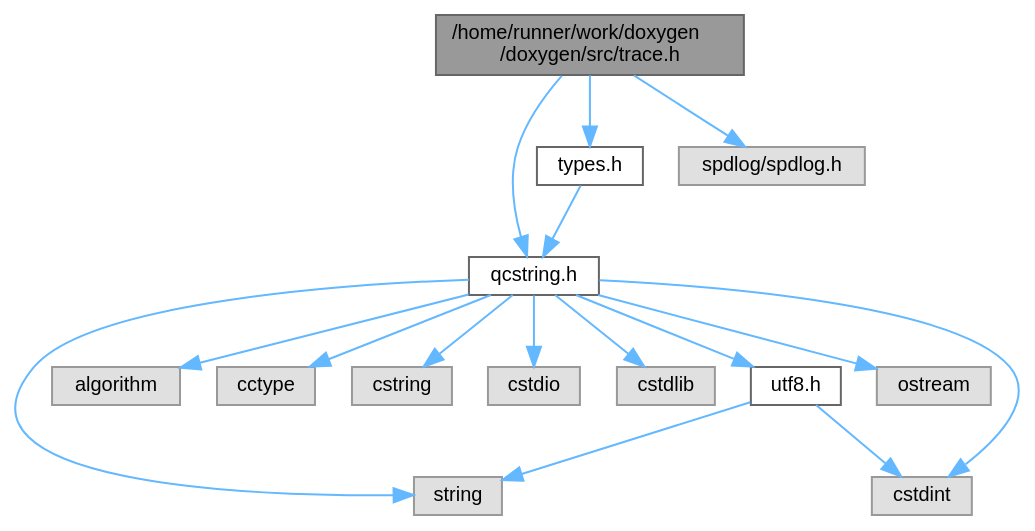
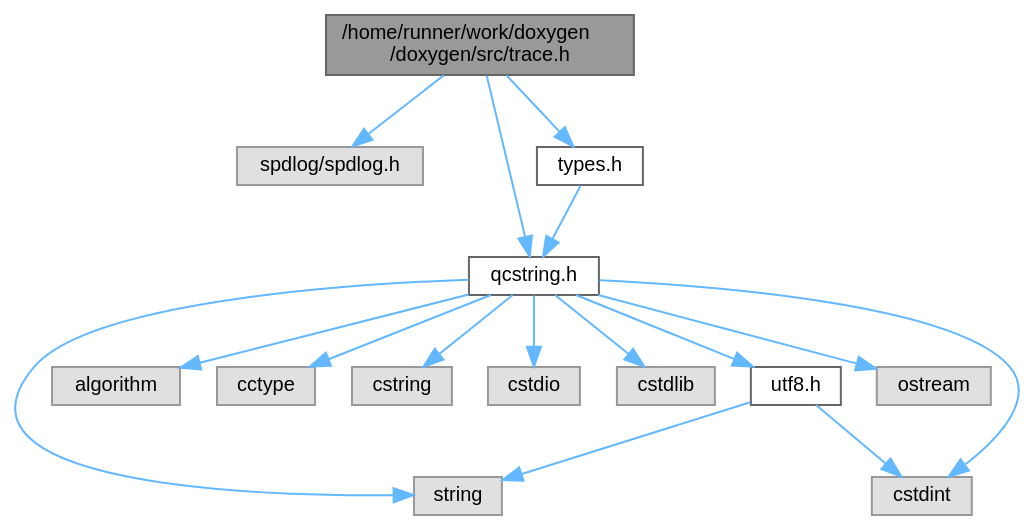
One commit to tim-gromeyer/doxygen changed the diagram in dc/d8d/trace_8h__incl.dot. Above: the diagram before and after it, drawn with Graphviz. The commit also changed 1525 other files, not shown here.

```diff
--- a/dc/d8d/trace_8h__incl.dot
+++ b/dc/d8d/trace_8h__incl.dot
@@ -1,36 +1,36 @@
 digraph "/home/runner/work/doxygen/doxygen/src/trace.h"
 {
  // INTERACTIVE_SVG=YES
  // LATEX_PDF_SIZE
   bgcolor="transparent";
   edge [fontname=Helvetica,fontsize=10,labelfontname=Helvetica,labelfontsize=10];
   node [fontname=Helvetica,fontsize=10,shape=box,height=0.2,width=0.4];
   Node1 [label="/home/runner/work/doxygen\l/doxygen/src/trace.h",height=0.2,width=0.4,color="gray40", fillcolor="grey60", style="filled", fontcolor="black",tooltip=" "];
   Node1 -> Node2 [color="steelblue1",style="solid"];
-  Node2 [label="types.h",height=0.2,width=0.4,color="grey40", fillcolor="white", style="filled",URL="$d9/d49/types_8h.html",tooltip="This file contains a number of basic enums and types."];
-  Node2 -> Node3 [color="steelblue1",style="solid"];
-  Node3 [label="qcstring.h",height=0.2,width=0.4,color="grey40", fillcolor="white", style="filled",URL="$d7/d5c/qcstring_8h.html",tooltip=" "];
+  Node2 [label="spdlog/spdlog.h",height=0.2,width=0.4,color="grey60", fillcolor="#E0E0E0", style="filled",tooltip=" "];
+  Node1 -> Node3 [color="steelblue1",style="solid"];
+  Node3 [label="types.h",height=0.2,width=0.4,color="grey40", fillcolor="white", style="filled",URL="$d9/d49/types_8h.html",tooltip="This file contains a number of basic enums and types."];
   Node3 -> Node4 [color="steelblue1",style="solid"];
-  Node4 [label="string",height=0.2,width=0.4,color="grey60", fillcolor="#E0E0E0", style="filled",tooltip=" "];
-  Node3 -> Node5 [color="steelblue1",style="solid"];
-  Node5 [label="algorithm",height=0.2,width=0.4,color="grey60", fillcolor="#E0E0E0", style="filled",tooltip=" "];
-  Node3 -> Node6 [color="steelblue1",style="solid"];
-  Node6 [label="cctype",height=0.2,width=0.4,color="grey60", fillcolor="#E0E0E0", style="filled",tooltip=" "];
-  Node3 -> Node7 [color="steelblue1",style="solid"];
-  Node7 [label="cstring",height=0.2,width=0.4,color="grey60", fillcolor="#E0E0E0", style="filled",tooltip=" "];
-  Node3 -> Node8 [color="steelblue1",style="solid"];
-  Node8 [label="cstdio",height=0.2,width=0.4,color="grey60", fillcolor="#E0E0E0", style="filled",tooltip=" "];
-  Node3 -> Node9 [color="steelblue1",style="solid"];
-  Node9 [label="cstdlib",height=0.2,width=0.4,color="grey60", fillcolor="#E0E0E0", style="filled",tooltip=" "];
-  Node3 -> Node10 [color="steelblue1",style="solid"];
-  Node10 [label="cstdint",height=0.2,width=0.4,color="grey60", fillcolor="#E0E0E0", style="filled",tooltip=" "];
-  Node3 -> Node11 [color="steelblue1",style="solid"];
-  Node11 [label="ostream",height=0.2,width=0.4,color="grey60", fillcolor="#E0E0E0", style="filled",tooltip=" "];
-  Node3 -> Node12 [color="steelblue1",style="solid"];
-  Node12 [label="utf8.h",height=0.2,width=0.4,color="grey40", fillcolor="white", style="filled",URL="$db/d7c/utf8_8h.html",tooltip="Various UTF8 related helper functions."];
-  Node12 -> Node10 [color="steelblue1",style="solid"];
-  Node12 -> Node4 [color="steelblue1",style="solid"];
-  Node1 -> Node3 [color="steelblue1",style="solid"];
-  Node1 -> Node13 [color="steelblue1",style="solid"];
-  Node13 [label="spdlog/spdlog.h",height=0.2,width=0.4,color="grey60", fillcolor="#E0E0E0", style="filled",tooltip=" "];
+  Node4 [label="qcstring.h",height=0.2,width=0.4,color="grey40", fillcolor="white", style="filled",URL="$d7/d5c/qcstring_8h.html",tooltip=" "];
+  Node4 -> Node5 [color="steelblue1",style="solid"];
+  Node5 [label="string",height=0.2,width=0.4,color="grey60", fillcolor="#E0E0E0", style="filled",tooltip=" "];
+  Node4 -> Node6 [color="steelblue1",style="solid"];
+  Node6 [label="algorithm",height=0.2,width=0.4,color="grey60", fillcolor="#E0E0E0", style="filled",tooltip=" "];
+  Node4 -> Node7 [color="steelblue1",style="solid"];
+  Node7 [label="cctype",height=0.2,width=0.4,color="grey60", fillcolor="#E0E0E0", style="filled",tooltip=" "];
+  Node4 -> Node8 [color="steelblue1",style="solid"];
+  Node8 [label="cstring",height=0.2,width=0.4,color="grey60", fillcolor="#E0E0E0", style="filled",tooltip=" "];
+  Node4 -> Node9 [color="steelblue1",style="solid"];
+  Node9 [label="cstdio",height=0.2,width=0.4,color="grey60", fillcolor="#E0E0E0", style="filled",tooltip=" "];
+  Node4 -> Node10 [color="steelblue1",style="solid"];
+  Node10 [label="cstdlib",height=0.2,width=0.4,color="grey60", fillcolor="#E0E0E0", style="filled",tooltip=" "];
+  Node4 -> Node11 [color="steelblue1",style="solid"];
+  Node11 [label="cstdint",height=0.2,width=0.4,color="grey60", fillcolor="#E0E0E0", style="filled",tooltip=" "];
+  Node4 -> Node12 [color="steelblue1",style="solid"];
+  Node12 [label="ostream",height=0.2,width=0.4,color="grey60", fillcolor="#E0E0E0", style="filled",tooltip=" "];
+  Node4 -> Node13 [color="steelblue1",style="solid"];
+  Node13 [label="utf8.h",height=0.2,width=0.4,color="grey40", fillcolor="white", style="filled",URL="$db/d7c/utf8_8h.html",tooltip="Various UTF8 related helper functions."];
+  Node13 -> Node11 [color="steelblue1",style="solid"];
+  Node13 -> Node5 [color="steelblue1",style="solid"];
+  Node1 -> Node4 [color="steelblue1",style="solid"];
 }
```
